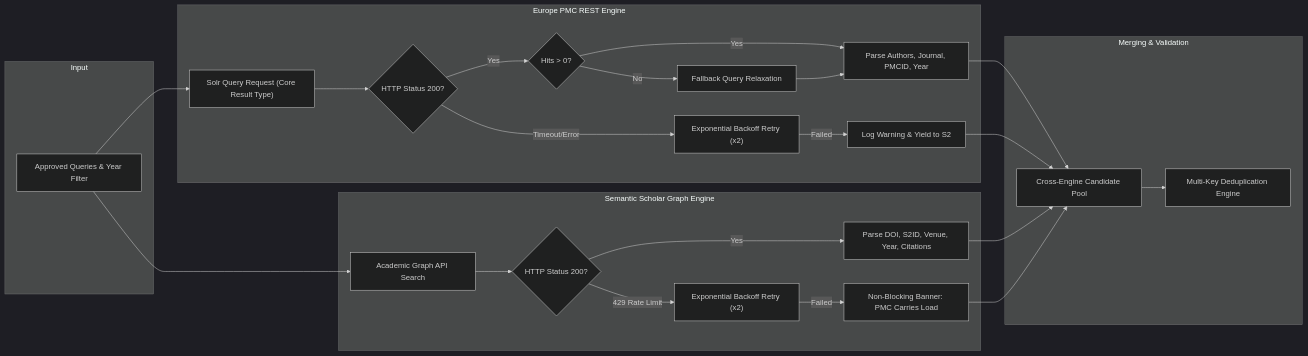
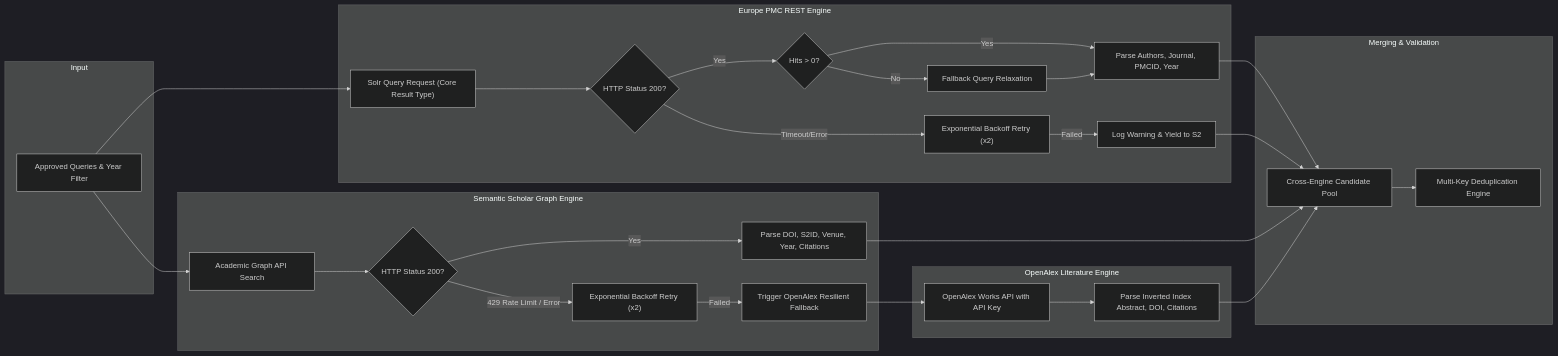
The second of 4 diagrams in README.md (roroleaks/Preppt), drawn with Mermaid (dark theme) before and after one commit. The commit also changed other lines of this file and 5 other files, not shown here.

Commit message:
feat(retrieval): integrate OpenAlex literature engine as resilient fallback for Semantic Scholar

````diff
--- a/README.md
+++ b/README.md
@@ -92,33 +92,38 @@
 ```mermaid
 flowchart LR
   subgraph Input
     Q["Approved Queries & Year Filter"]
   end
 
   subgraph PMC_Pipeline ["Europe PMC REST Engine"]
     Q --> PMC_Req["Solr Query Request (Core Result Type)"]
     PMC_Req --> PMC_Try{"HTTP Status 200?"}
     PMC_Try -- Yes --> PMC_Hits{"Hits > 0?"}
     PMC_Hits -- Yes --> PMC_Norm["Parse Authors, Journal, PMCID, Year"]
     PMC_Hits -- No --> PMC_Relax["Fallback Query Relaxation"]
     PMC_Relax --> PMC_Norm
     PMC_Try -- Timeout/Error --> PMC_Retry["Exponential Backoff Retry (x2)"]
     PMC_Retry -- Failed --> PMC_Warn["Log Warning & Yield to S2"]
   end
 
   subgraph S2_Pipeline ["Semantic Scholar Graph Engine"]
     Q --> S2_Req["Academic Graph API Search"]
     S2_Req --> S2_Try{"HTTP Status 200?"}
     S2_Try -- Yes --> S2_Norm["Parse DOI, S2ID, Venue, Year, Citations"]
-    S2_Try -- 429 Rate Limit --> S2_Retry["Exponential Backoff Retry (x2)"]
-    S2_Retry -- Failed --> S2_Fallback["Non-Blocking Banner: PMC Carries Load"]
+    S2_Try -- 429 Rate Limit / Error --> S2_Retry["Exponential Backoff Retry (x2)"]
+    S2_Retry -- Failed --> Alex_Trigger["Trigger OpenAlex Resilient Fallback"]
+  end
+
+  subgraph OpenAlex_Pipeline ["OpenAlex Literature Engine"]
+    Alex_Trigger --> Alex_Req["OpenAlex Works API with API Key"]
+    Alex_Req --> Alex_Norm["Parse Inverted Index Abstract, DOI, Citations"]
   end
 
   subgraph Merging ["Merging & Validation"]
     PMC_Norm --> Merge["Cross-Engine Candidate Pool"]
     S2_Norm --> Merge
     PMC_Warn --> Merge
-    S2_Fallback --> Merge
+    Alex_Norm --> Merge
     Merge --> Dedup["Multi-Key Deduplication Engine"]
   end
 ```
````
